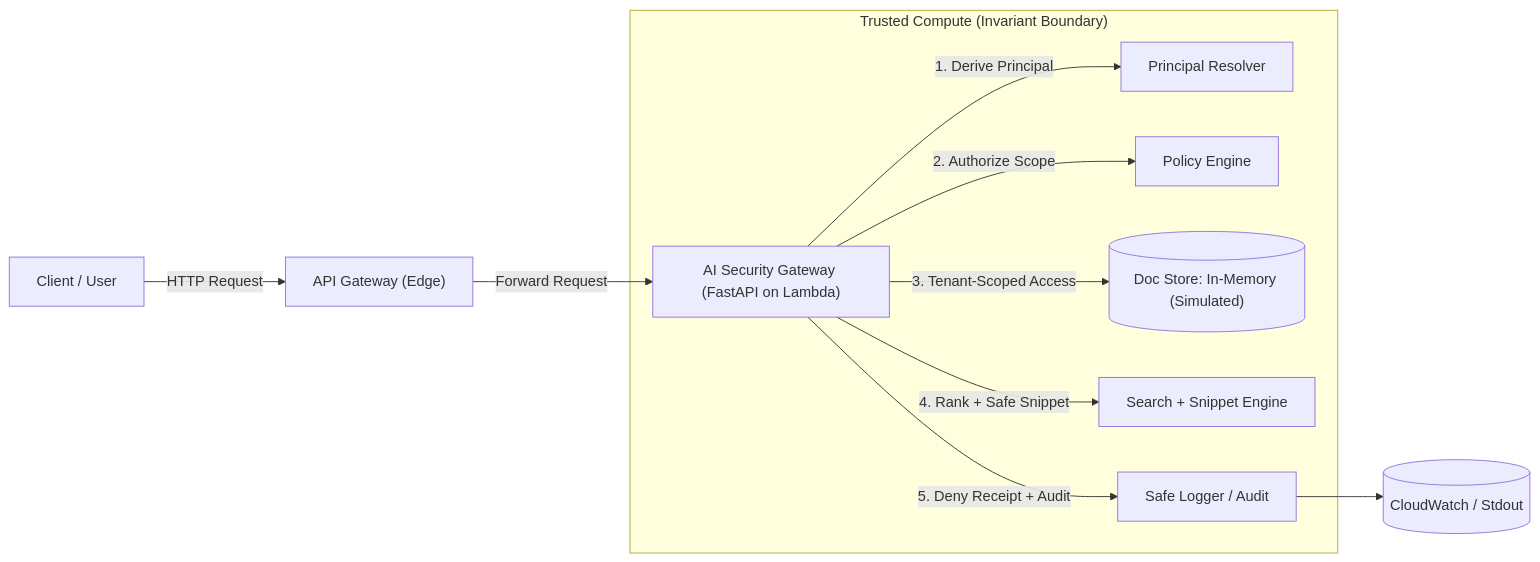
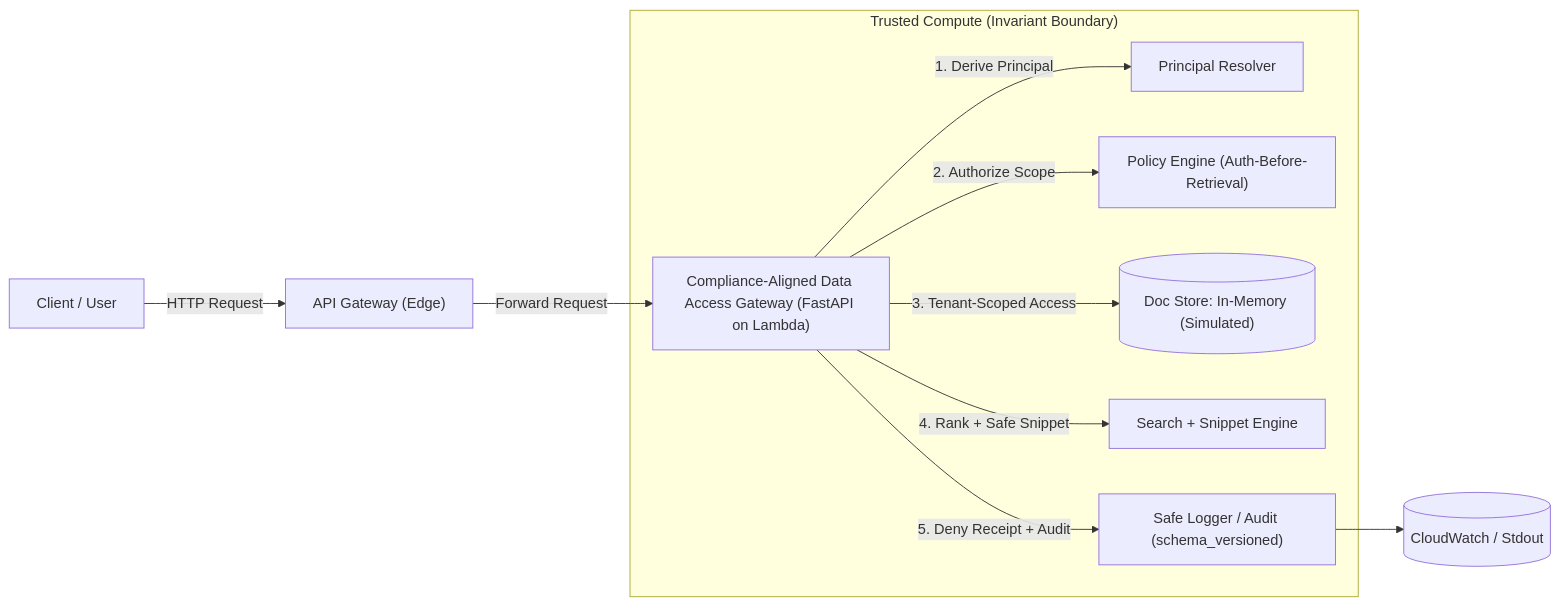
The diagram in docs/architecture.md (eugene-infosec/ai-security-gateway), drawn with Mermaid before and after one commit. The commit also changed other lines of this file and 34 other files, not shown here.

First line of the commit message:
release: v1.0.0 - compliance-aligned refactor complete

````diff
--- a/docs/architecture.md
+++ b/docs/architecture.md
@@ -32,16 +34,15 @@
 ```mermaid
 flowchart LR
   User["Client / User"] -->|HTTP Request| Edge["API Gateway (Edge)"]
-  Edge -->|Forward Request| App["AI Security Gateway (FastAPI on Lambda)"]
+  Edge -->|Forward Request| App["Compliance-Aligned Data Access Gateway (FastAPI on Lambda)"]
 
   subgraph TC["Trusted Compute (Invariant Boundary)"]
     App -->|"1. Derive Principal"| Principal["Principal Resolver"]
-    App -->|"2. Authorize Scope"| Policy["Policy Engine"]
+    App -->|"2. Authorize Scope"| Policy["Policy Engine (Auth-Before-Retrieval)"]
     App -->|"3. Tenant-Scoped Access"| Store[("Doc Store: In-Memory (Simulated)")]
     App -->|"4. Rank + Safe Snippet"| Search["Search + Snippet Engine"]
-    App -->|"5. Deny Receipt + Audit"| Audit["Safe Logger / Audit"]
+    App -->|"5. Deny Receipt + Audit"| Audit["Safe Logger / Audit (schema_versioned)"]
   end
 
   Audit --> Logs[("CloudWatch / Stdout")]
-
 ```
````
